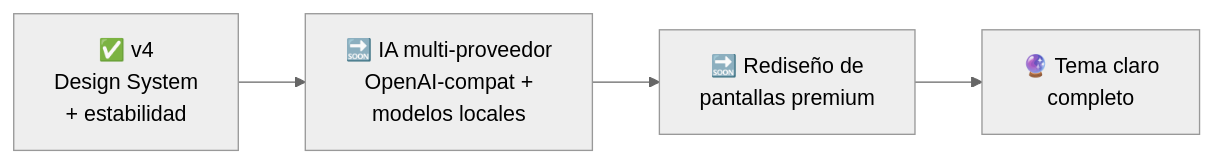
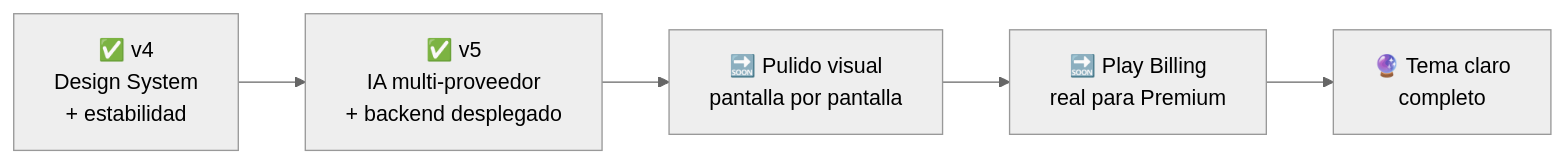
Before and after one commit to Azelmods677/NexusChat: the sixth of 6 diagrams in README.md, drawn with Mermaid (neutral theme). The commit also changed other lines of this file, not shown here.

````diff
--- a/README.md
+++ b/README.md
@@ -317,6 +372,7 @@
 ```mermaid
 flowchart LR
-    A["✅ v4<br/>Design System<br/>+ estabilidad"] --> B["🔜 IA multi-proveedor<br/>OpenAI-compat +<br/>modelos locales"]
-    B --> C["🔜 Rediseño de<br/>pantallas premium"]
-    C --> D["🔮 Tema claro<br/>completo"]
+    A["✅ v4<br/>Design System<br/>+ estabilidad"] --> B["✅ v5<br/>IA multi-proveedor<br/>+ backend desplegado"]
+    B --> C["🔜 Pulido visual<br/>pantalla por pantalla"]
+    C --> D["🔜 Play Billing<br/>real para Premium"]
+    D --> E["🔮 Tema claro<br/>completo"]
 ```
````
